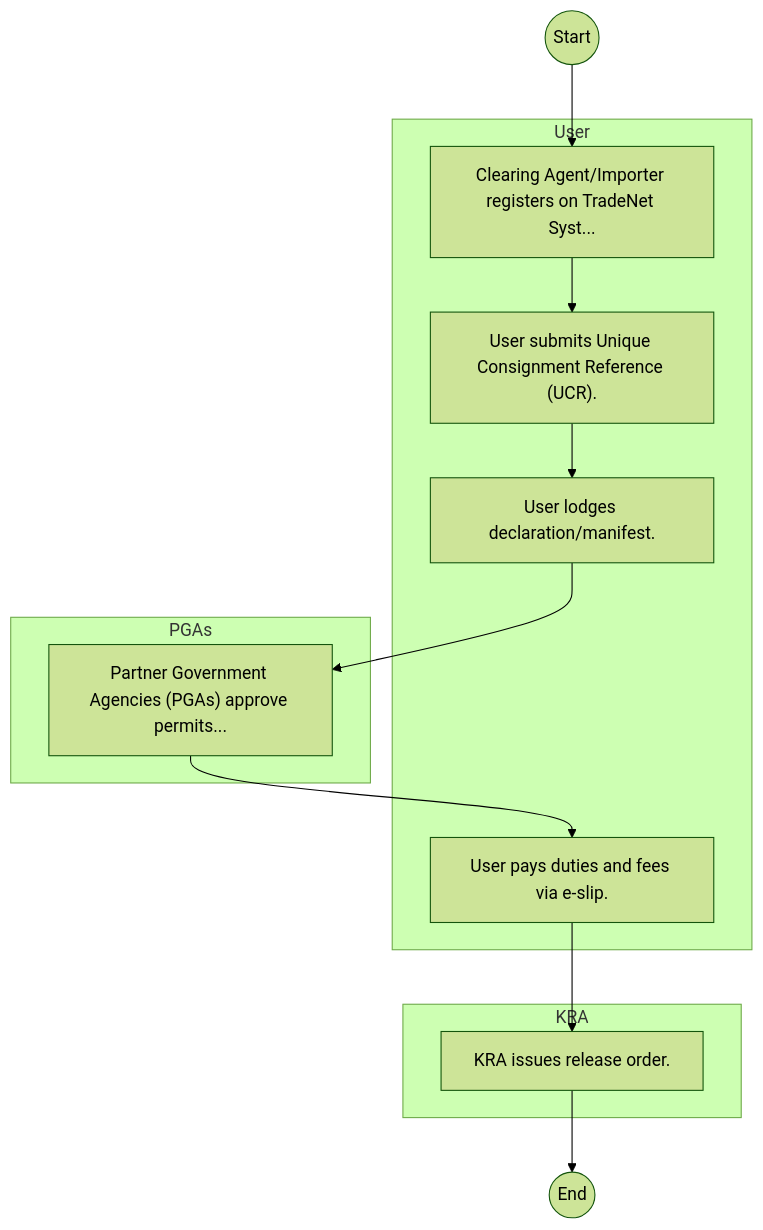
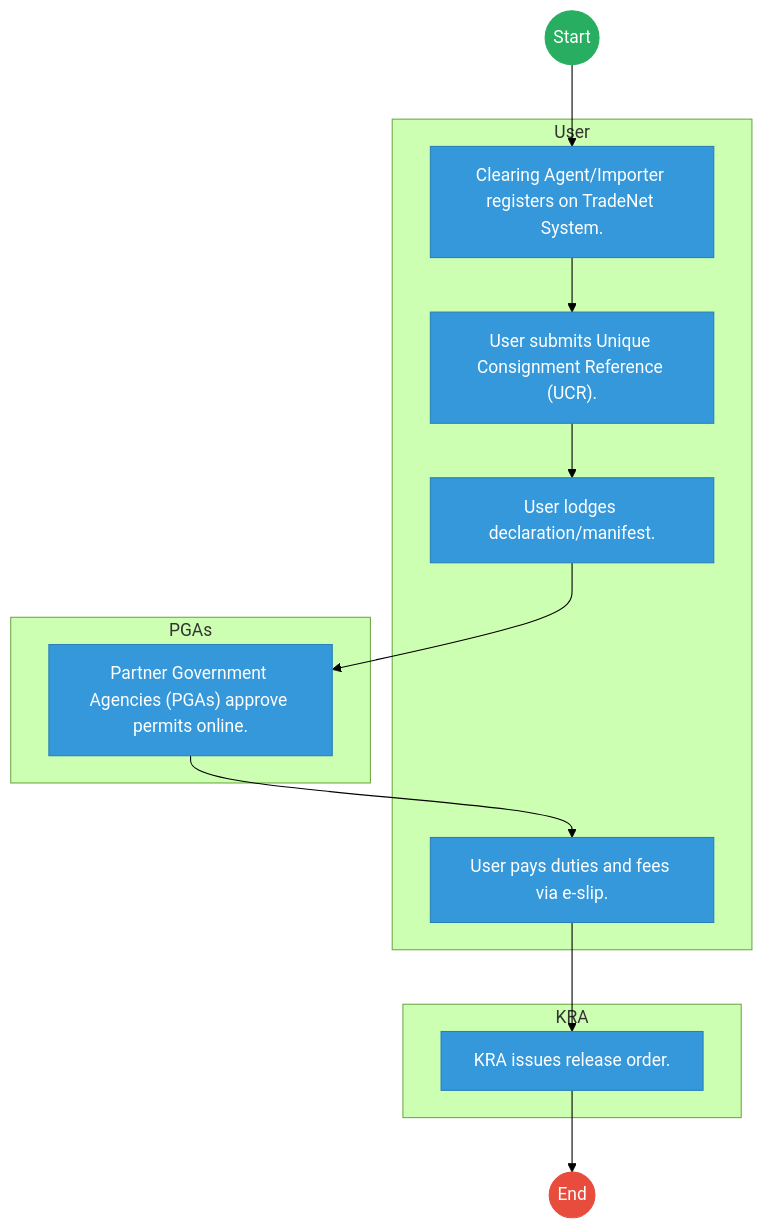
The first of 2 diagrams in mdas/docs_final/Kenya_Trade_Network_Agency___Service_Delivery.md (BITZ-IT-Consulting-LTD/ictapoc), drawn with Mermaid (forest theme) before and after one commit. The commit also changed other lines of this file and 461 other files, not shown here.

````diff
--- a/mdas/docs_final/Kenya_Trade_Network_Agency___Service_Delivery.md
+++ b/mdas/docs_final/Kenya_Trade_Network_Agency___Service_Delivery.md
@@ -20,22 +20,34 @@
 ```mermaid
 graph TD
     Start((Start)) --> S1
+
     subgraph User [User]
-        S1["Clearing Agent/Importer registers on TradeNet Syst..."]
+        S1["Clearing Agent/Importer registers on TradeNet System."]
         S2["User submits Unique Consignment Reference (UCR)."]
         S3["User lodges declaration/manifest."]
         S5["User pays duties and fees via e-slip."]
     end
+
     subgraph PGAs [PGAs]
-        S4["Partner Government Agencies (PGAs) approve permits..."]
+        S4["Partner Government Agencies (PGAs) approve permits online."]
     end
+
     subgraph KRA [KRA]
         S6["KRA issues release order."]
     end
     S1 --> S2
     S2 --> S3
     S3 --> S4
     S4 --> S5
     S5 --> S6
     S6 --> End((End))
+
+    classDef start fill:#27ae60,stroke:#27ae60,color:#fff;
+    classDef endNode fill:#e74c3c,stroke:#e74c3c,color:#fff;
+    classDef userTask fill:#3498db,stroke:#2980b9,color:#fff;
+    classDef serviceTask fill:#9b59b6,stroke:#8e44ad,color:#fff;
+
+    class Start start;
+    class End endNode;
+    class S1,S2,S3,S4,S5,S6 userTask;
 ```
````
